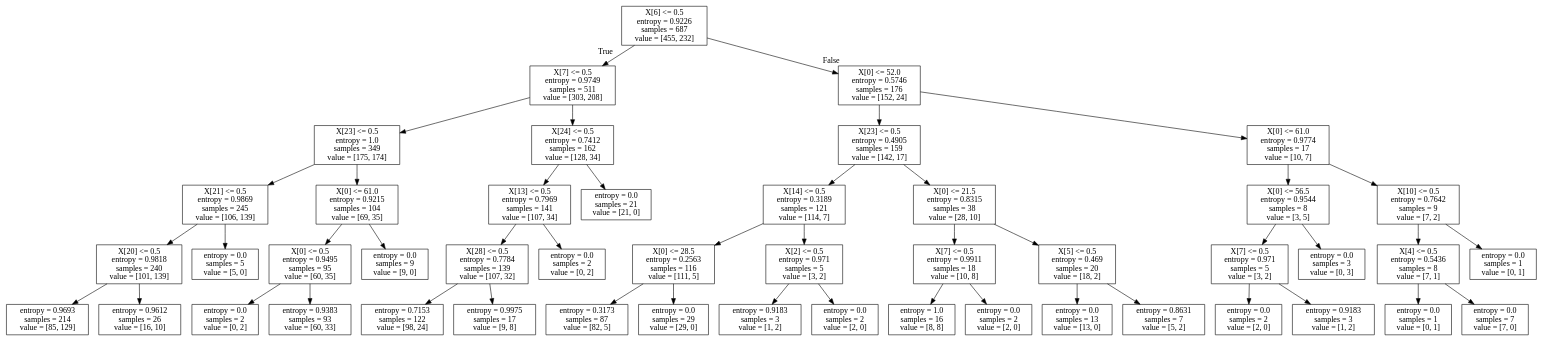
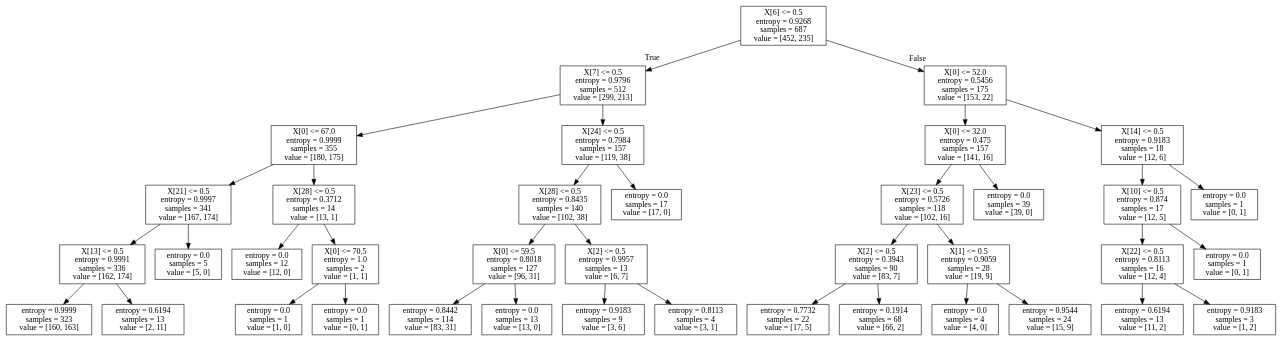
The diagram in output/homework1.dot (Chen-Wei-Ming/Python-DataMining), drawn with Graphviz before and after one commit. The commit also changed 33 other files, not shown here.

```diff
--- a/output/homework1.dot
+++ b/output/homework1.dot
@@ -1,96 +1,80 @@
 digraph Tree {
 node [shape=box] ;
-0 [label="X[6] <= 0.5\nentropy = 0.9226\nsamples = 687\nvalue = [455, 232]"] ;
-1 [label="X[7] <= 0.5\nentropy = 0.9749\nsamples = 511\nvalue = [303, 208]"] ;
+0 [label="X[6] <= 0.5\nentropy = 0.9268\nsamples = 687\nvalue = [452, 235]"] ;
+1 [label="X[7] <= 0.5\nentropy = 0.9796\nsamples = 512\nvalue = [299, 213]"] ;
 0 -> 1 [labeldistance=2.5, labelangle=45, headlabel="True"] ;
-2 [label="X[23] <= 0.5\nentropy = 1.0\nsamples = 349\nvalue = [175, 174]"] ;
+2 [label="X[0] <= 67.0\nentropy = 0.9999\nsamples = 355\nvalue = [180, 175]"] ;
 1 -> 2 ;
-3 [label="X[21] <= 0.5\nentropy = 0.9869\nsamples = 245\nvalue = [106, 139]"] ;
+3 [label="X[21] <= 0.5\nentropy = 0.9997\nsamples = 341\nvalue = [167, 174]"] ;
 2 -> 3 ;
-4 [label="X[20] <= 0.5\nentropy = 0.9818\nsamples = 240\nvalue = [101, 139]"] ;
+4 [label="X[13] <= 0.5\nentropy = 0.9991\nsamples = 336\nvalue = [162, 174]"] ;
 3 -> 4 ;
-5 [label="entropy = 0.9693\nsamples = 214\nvalue = [85, 129]"] ;
+5 [label="entropy = 0.9999\nsamples = 323\nvalue = [160, 163]"] ;
 4 -> 5 ;
-6 [label="entropy = 0.9612\nsamples = 26\nvalue = [16, 10]"] ;
+6 [label="entropy = 0.6194\nsamples = 13\nvalue = [2, 11]"] ;
 4 -> 6 ;
 7 [label="entropy = 0.0\nsamples = 5\nvalue = [5, 0]"] ;
 3 -> 7 ;
-8 [label="X[0] <= 61.0\nentropy = 0.9215\nsamples = 104\nvalue = [69, 35]"] ;
+8 [label="X[28] <= 0.5\nentropy = 0.3712\nsamples = 14\nvalue = [13, 1]"] ;
 2 -> 8 ;
-9 [label="X[0] <= 0.5\nentropy = 0.9495\nsamples = 95\nvalue = [60, 35]"] ;
+9 [label="entropy = 0.0\nsamples = 12\nvalue = [12, 0]"] ;
 8 -> 9 ;
-10 [label="entropy = 0.0\nsamples = 2\nvalue = [0, 2]"] ;
-9 -> 10 ;
-11 [label="entropy = 0.9383\nsamples = 93\nvalue = [60, 33]"] ;
-9 -> 11 ;
-12 [label="entropy = 0.0\nsamples = 9\nvalue = [9, 0]"] ;
-8 -> 12 ;
-13 [label="X[24] <= 0.5\nentropy = 0.7412\nsamples = 162\nvalue = [128, 34]"] ;
+10 [label="X[0] <= 70.5\nentropy = 1.0\nsamples = 2\nvalue = [1, 1]"] ;
+8 -> 10 ;
+11 [label="entropy = 0.0\nsamples = 1\nvalue = [1, 0]"] ;
+10 -> 11 ;
+12 [label="entropy = 0.0\nsamples = 1\nvalue = [0, 1]"] ;
+10 -> 12 ;
+13 [label="X[24] <= 0.5\nentropy = 0.7984\nsamples = 157\nvalue = [119, 38]"] ;
 1 -> 13 ;
-14 [label="X[13] <= 0.5\nentropy = 0.7969\nsamples = 141\nvalue = [107, 34]"] ;
+14 [label="X[28] <= 0.5\nentropy = 0.8435\nsamples = 140\nvalue = [102, 38]"] ;
 13 -> 14 ;
-15 [label="X[28] <= 0.5\nentropy = 0.7784\nsamples = 139\nvalue = [107, 32]"] ;
+15 [label="X[0] <= 59.5\nentropy = 0.8018\nsamples = 127\nvalue = [96, 31]"] ;
 14 -> 15 ;
-16 [label="entropy = 0.7153\nsamples = 122\nvalue = [98, 24]"] ;
+16 [label="entropy = 0.8442\nsamples = 114\nvalue = [83, 31]"] ;
 15 -> 16 ;
-17 [label="entropy = 0.9975\nsamples = 17\nvalue = [9, 8]"] ;
+17 [label="entropy = 0.0\nsamples = 13\nvalue = [13, 0]"] ;
 15 -> 17 ;
-18 [label="entropy = 0.0\nsamples = 2\nvalue = [0, 2]"] ;
+18 [label="X[2] <= 0.5\nentropy = 0.9957\nsamples = 13\nvalue = [6, 7]"] ;
 14 -> 18 ;
-19 [label="entropy = 0.0\nsamples = 21\nvalue = [21, 0]"] ;
-13 -> 19 ;
-20 [label="X[0] <= 52.0\nentropy = 0.5746\nsamples = 176\nvalue = [152, 24]"] ;
-0 -> 20 [labeldistance=2.5, labelangle=-45, headlabel="False"] ;
-21 [label="X[23] <= 0.5\nentropy = 0.4905\nsamples = 159\nvalue = [142, 17]"] ;
-20 -> 21 ;
-22 [label="X[14] <= 0.5\nentropy = 0.3189\nsamples = 121\nvalue = [114, 7]"] ;
-21 -> 22 ;
-23 [label="X[0] <= 28.5\nentropy = 0.2563\nsamples = 116\nvalue = [111, 5]"] ;
+19 [label="entropy = 0.9183\nsamples = 9\nvalue = [3, 6]"] ;
+18 -> 19 ;
+20 [label="entropy = 0.8113\nsamples = 4\nvalue = [3, 1]"] ;
+18 -> 20 ;
+21 [label="entropy = 0.0\nsamples = 17\nvalue = [17, 0]"] ;
+13 -> 21 ;
+22 [label="X[0] <= 52.0\nentropy = 0.5456\nsamples = 175\nvalue = [153, 22]"] ;
+0 -> 22 [labeldistance=2.5, labelangle=-45, headlabel="False"] ;
+23 [label="X[0] <= 32.0\nentropy = 0.475\nsamples = 157\nvalue = [141, 16]"] ;
 22 -> 23 ;
-24 [label="entropy = 0.3173\nsamples = 87\nvalue = [82, 5]"] ;
+24 [label="X[23] <= 0.5\nentropy = 0.5726\nsamples = 118\nvalue = [102, 16]"] ;
 23 -> 24 ;
-25 [label="entropy = 0.0\nsamples = 29\nvalue = [29, 0]"] ;
-23 -> 25 ;
-26 [label="X[2] <= 0.5\nentropy = 0.971\nsamples = 5\nvalue = [3, 2]"] ;
-22 -> 26 ;
-27 [label="entropy = 0.9183\nsamples = 3\nvalue = [1, 2]"] ;
-26 -> 27 ;
-28 [label="entropy = 0.0\nsamples = 2\nvalue = [2, 0]"] ;
-26 -> 28 ;
-29 [label="X[0] <= 21.5\nentropy = 0.8315\nsamples = 38\nvalue = [28, 10]"] ;
-21 -> 29 ;
-30 [label="X[7] <= 0.5\nentropy = 0.9911\nsamples = 18\nvalue = [10, 8]"] ;
-29 -> 30 ;
-31 [label="entropy = 1.0\nsamples = 16\nvalue = [8, 8]"] ;
-30 -> 31 ;
-32 [label="entropy = 0.0\nsamples = 2\nvalue = [2, 0]"] ;
-30 -> 32 ;
-33 [label="X[5] <= 0.5\nentropy = 0.469\nsamples = 20\nvalue = [18, 2]"] ;
-29 -> 33 ;
-34 [label="entropy = 0.0\nsamples = 13\nvalue = [13, 0]"] ;
+25 [label="X[2] <= 0.5\nentropy = 0.3943\nsamples = 90\nvalue = [83, 7]"] ;
+24 -> 25 ;
+26 [label="entropy = 0.7732\nsamples = 22\nvalue = [17, 5]"] ;
+25 -> 26 ;
+27 [label="entropy = 0.1914\nsamples = 68\nvalue = [66, 2]"] ;
+25 -> 27 ;
+28 [label="X[1] <= 0.5\nentropy = 0.9059\nsamples = 28\nvalue = [19, 9]"] ;
+24 -> 28 ;
+29 [label="entropy = 0.0\nsamples = 4\nvalue = [4, 0]"] ;
+28 -> 29 ;
+30 [label="entropy = 0.9544\nsamples = 24\nvalue = [15, 9]"] ;
+28 -> 30 ;
+31 [label="entropy = 0.0\nsamples = 39\nvalue = [39, 0]"] ;
+23 -> 31 ;
+32 [label="X[14] <= 0.5\nentropy = 0.9183\nsamples = 18\nvalue = [12, 6]"] ;
+22 -> 32 ;
+33 [label="X[10] <= 0.5\nentropy = 0.874\nsamples = 17\nvalue = [12, 5]"] ;
+32 -> 33 ;
+34 [label="X[22] <= 0.5\nentropy = 0.8113\nsamples = 16\nvalue = [12, 4]"] ;
 33 -> 34 ;
-35 [label="entropy = 0.8631\nsamples = 7\nvalue = [5, 2]"] ;
-33 -> 35 ;
-36 [label="X[0] <= 61.0\nentropy = 0.9774\nsamples = 17\nvalue = [10, 7]"] ;
-20 -> 36 ;
-37 [label="X[0] <= 56.5\nentropy = 0.9544\nsamples = 8\nvalue = [3, 5]"] ;
-36 -> 37 ;
-38 [label="X[7] <= 0.5\nentropy = 0.971\nsamples = 5\nvalue = [3, 2]"] ;
-37 -> 38 ;
-39 [label="entropy = 0.0\nsamples = 2\nvalue = [2, 0]"] ;
-38 -> 39 ;
-40 [label="entropy = 0.9183\nsamples = 3\nvalue = [1, 2]"] ;
-38 -> 40 ;
-41 [label="entropy = 0.0\nsamples = 3\nvalue = [0, 3]"] ;
-37 -> 41 ;
-42 [label="X[10] <= 0.5\nentropy = 0.7642\nsamples = 9\nvalue = [7, 2]"] ;
-36 -> 42 ;
-43 [label="X[4] <= 0.5\nentropy = 0.5436\nsamples = 8\nvalue = [7, 1]"] ;
-42 -> 43 ;
-44 [label="entropy = 0.0\nsamples = 1\nvalue = [0, 1]"] ;
-43 -> 44 ;
-45 [label="entropy = 0.0\nsamples = 7\nvalue = [7, 0]"] ;
-43 -> 45 ;
-46 [label="entropy = 0.0\nsamples = 1\nvalue = [0, 1]"] ;
-42 -> 46 ;
+35 [label="entropy = 0.6194\nsamples = 13\nvalue = [11, 2]"] ;
+34 -> 35 ;
+36 [label="entropy = 0.9183\nsamples = 3\nvalue = [1, 2]"] ;
+34 -> 36 ;
+37 [label="entropy = 0.0\nsamples = 1\nvalue = [0, 1]"] ;
+33 -> 37 ;
+38 [label="entropy = 0.0\nsamples = 1\nvalue = [0, 1]"] ;
+32 -> 38 ;
 }
```
